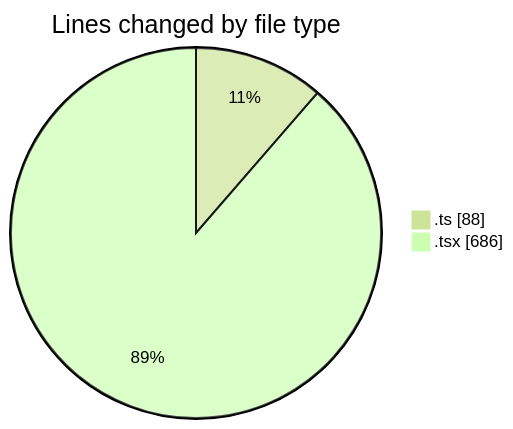
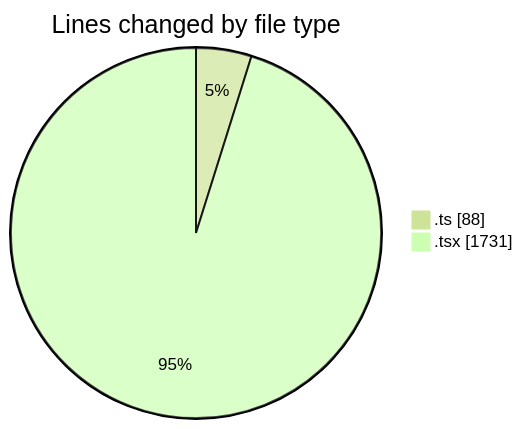
One commit to momahboobian/code-tracking changed the first of 2 diagrams in 2026-11-05/cda/README.md. Above: the diagram before and after it, drawn with Mermaid (forest theme). The commit also changed other lines of this file and 1 other file, not shown here.

````diff
--- a/2026-11-05/cda/README.md
+++ b/2026-11-05/cda/README.md
@@ -22,6 +23,6 @@
 ```mermaid
 pie showData
 title Lines changed by file type
 ".ts" : 88
-".tsx" : 686
+".tsx" : 1731
 ```
````
